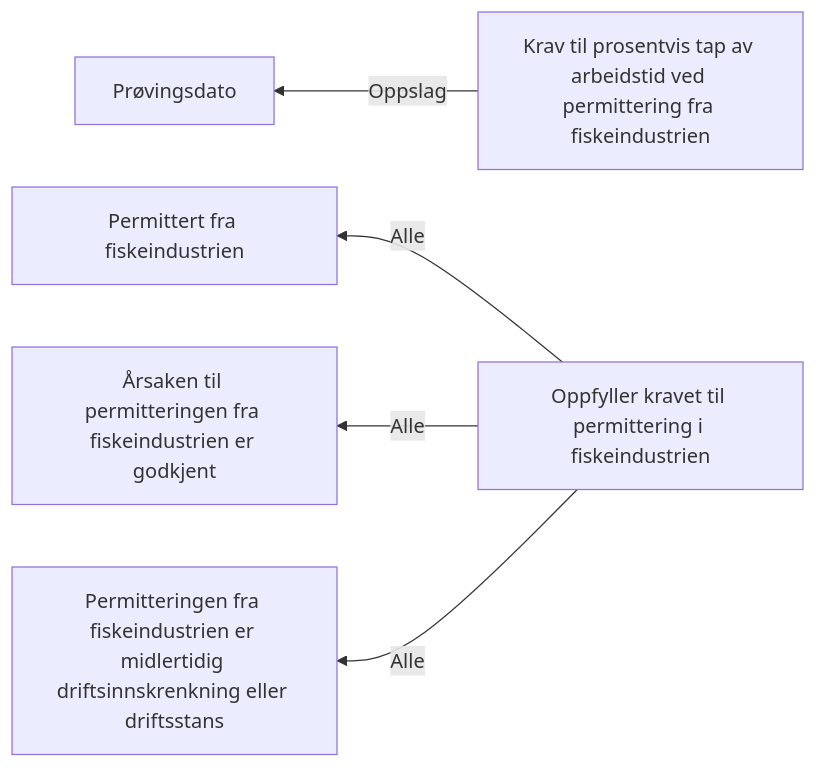
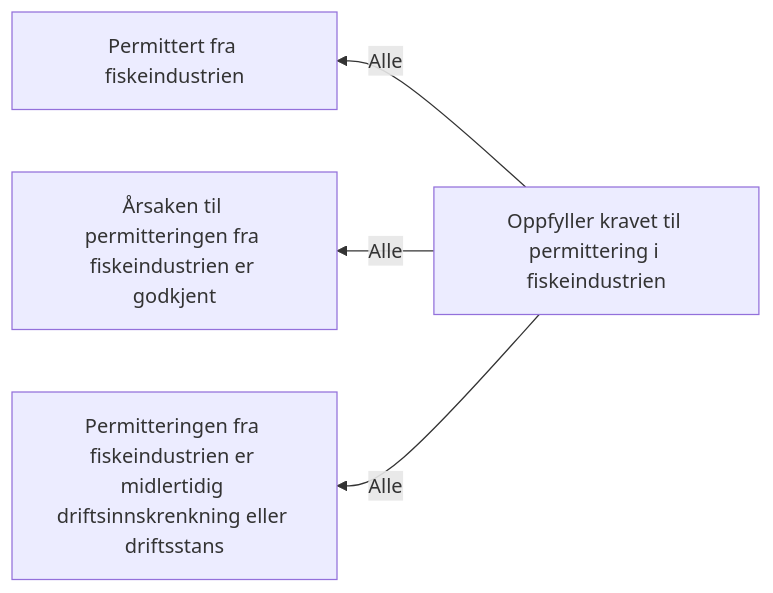
One commit to navikt/dp-behandling changed the diagram in docs/regler/§ 4-7 Permittering Fiskeindustrien.approved.md. Above: the diagram before and after it, drawn with Mermaid. The commit also changed 39 other files, not shown here.

````diff
--- a/docs/regler/§ 4-7 Permittering Fiskeindustrien.approved.md
+++ b/docs/regler/§ 4-7 Permittering Fiskeindustrien.approved.md
@@ -5,7 +5,6 @@
 ```mermaid
 graph RL
-  A["Krav til prosentvis tap av arbeidstid ved permittering fra fiskeindustrien"] -->|"Oppslag"| B["Prøvingsdato"]
-  C["Oppfyller kravet til permittering i fiskeindustrien"] -->|"Alle"| D["Permittert fra fiskeindustrien"]
-  C["Oppfyller kravet til permittering i fiskeindustrien"] -->|"Alle"| E["Årsaken til permitteringen fra fiskeindustrien er godkjent"]
-  C["Oppfyller kravet til permittering i fiskeindustrien"] -->|"Alle"| F["Permitteringen fra fiskeindustrien er midlertidig driftsinnskrenkning eller driftsstans"]
+  A["Oppfyller kravet til permittering i fiskeindustrien"] -->|"Alle"| B["Permittert fra fiskeindustrien"]
+  A["Oppfyller kravet til permittering i fiskeindustrien"] -->|"Alle"| C["Årsaken til permitteringen fra fiskeindustrien er godkjent"]
+  A["Oppfyller kravet til permittering i fiskeindustrien"] -->|"Alle"| D["Permitteringen fra fiskeindustrien er midlertidig driftsinnskrenkning eller driftsstans"]
 ```
````
